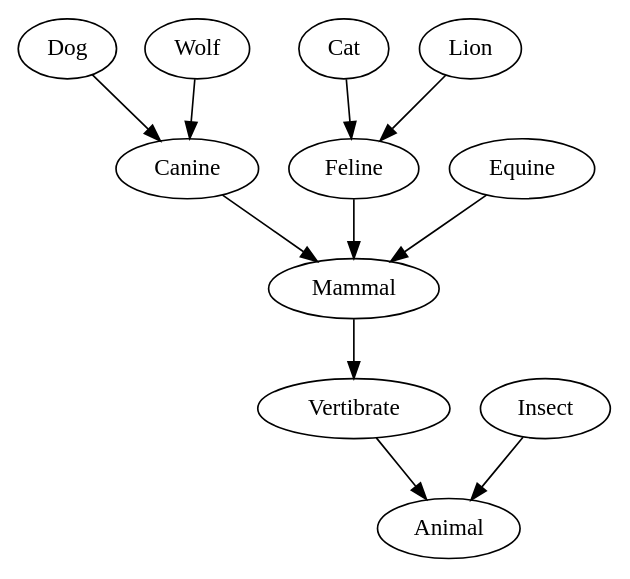
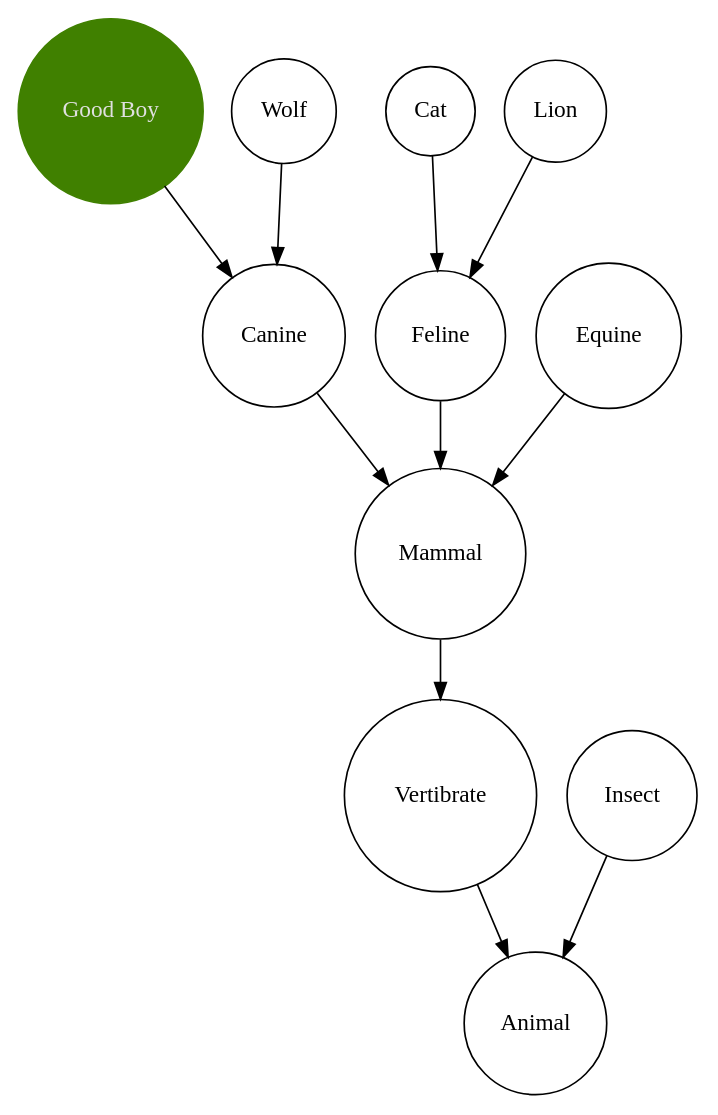
Before and after one commit to IJMacD/graphviz-previewer-web: the diagram in sample.dot, drawn with Graphviz. The commit also changed 4 other files, not shown here.

```diff
--- a/sample.dot
+++ b/sample.dot
@@ -1,12 +1,17 @@
 digraph Life {
+    // hello
+    node [shape = circle]
+    Dog [label = "Good Boy", style = filled, color = "#408000", fontcolor = "#E0E0E0"]
     Dog -> Canine;
     Canine -> Mammal;
     Mammal -> Vertibrate;
     Vertibrate -> Animal;
     Cat -> Feline;
     Feline -> Mammal;
+    /* comment */
+    # also
     Equine -> Mammal;
     Wolf -> Canine;
     Lion -> Feline;
     Insect -> Animal;
 }
```
